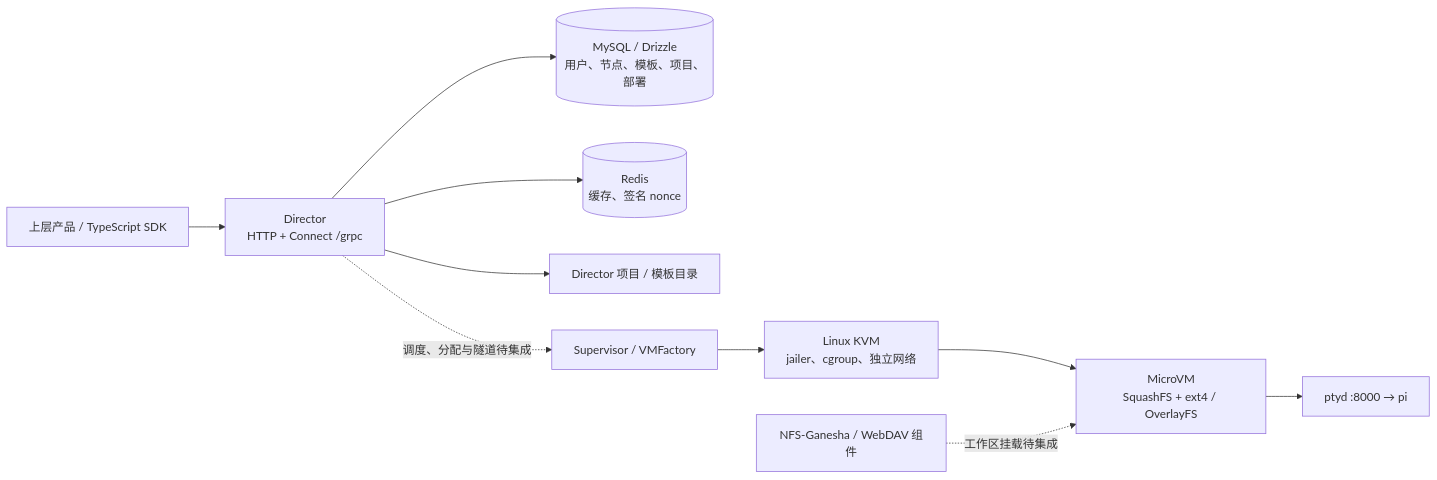
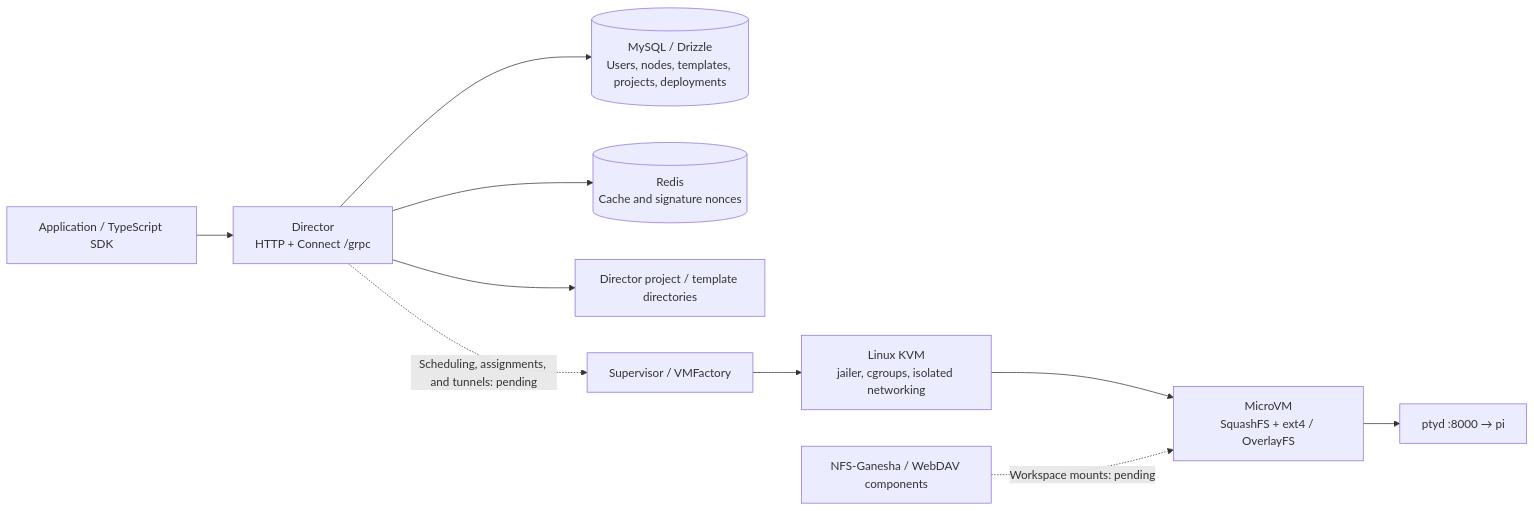
The diagram in README.md (Orano-Labs/agent-worker), drawn with Mermaid before and after one commit. The commit also changed other lines of this file and 1 other file, not shown here.

````diff
--- a/README.md
+++ b/README.md
@@ -41,12 +43,12 @@
 ```mermaid
 flowchart LR
-  Client["上层产品 / TypeScript SDK"] --> API["Director<br/>HTTP + Connect /grpc"]
-  API --> DB[("MySQL / Drizzle<br/>用户、节点、模板、项目、部署")]
-  API --> Redis[("Redis<br/>缓存、签名 nonce")]
-  API --> Files["Director 项目 / 模板目录"]
-  API -. "调度、分配与隧道待集成" .-> Supervisor["Supervisor / VMFactory"]
-  Supervisor --> Host["Linux KVM<br/>jailer、cgroup、独立网络"]
+  Client["Application / TypeScript SDK"] --> API["Director<br/>HTTP + Connect /grpc"]
+  API --> DB[("MySQL / Drizzle<br/>Users, nodes, templates, projects, deployments")]
+  API --> Redis[("Redis<br/>Cache and signature nonces")]
+  API --> Files["Director project / template directories"]
+  API -. "Scheduling, assignments, and tunnels: pending" .-> Supervisor["Supervisor / VMFactory"]
+  Supervisor --> Host["Linux KVM<br/>jailer, cgroups, isolated networking"]
   Host --> VM["MicroVM<br/>SquashFS + ext4 / OverlayFS"]
   VM --> Terminal["ptyd :8000 → pi"]
-  Workspace["NFS-Ganesha / WebDAV 组件"] -. "工作区挂载待集成" .-> VM
+  Workspace["NFS-Ganesha / WebDAV components"] -. "Workspace mounts: pending" .-> VM
 ```
````
